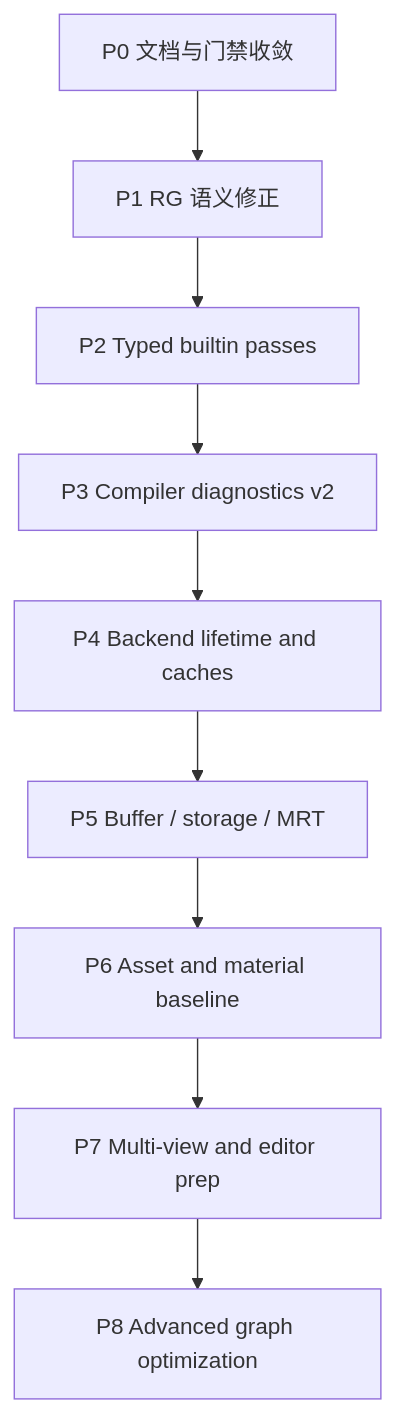
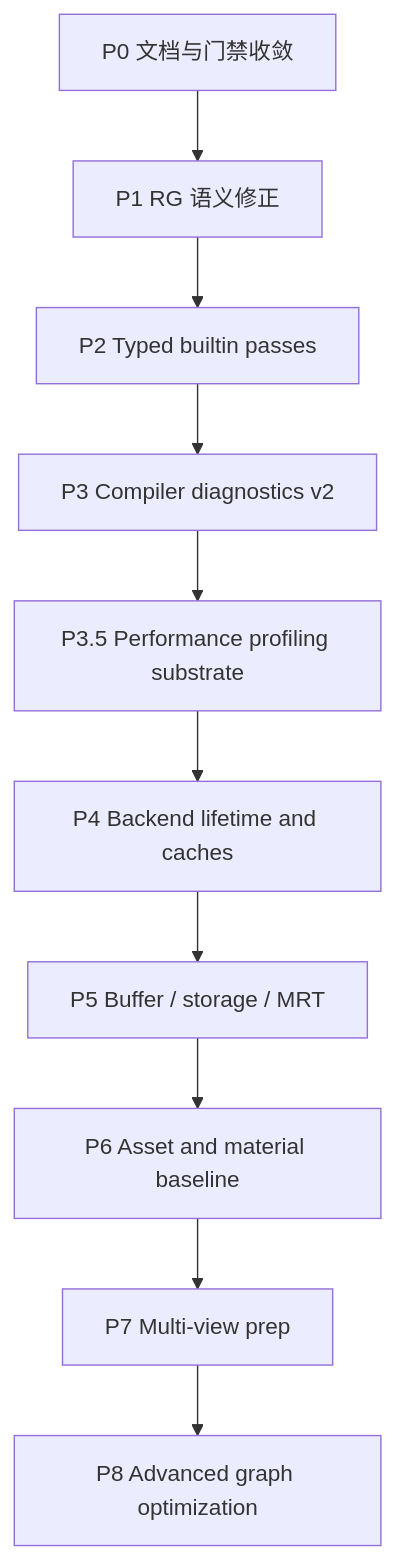
The second of 2 diagrams in docs/rendergraph-development-roadmap.md (66six11/Engine), drawn with Mermaid before and after one commit. The commit also changed other lines of this file and 4 other files, not shown here.

Commit message:
docs: constrain performance profiling roadmap

````diff
--- a/docs/rendergraph-development-roadmap.md
+++ b/docs/rendergraph-development-roadmap.md
@@ -106,14 +124,15 @@
 ```mermaid
 flowchart TD
     P0["P0 文档与门禁收敛"]
     P1["P1 RG 语义修正"]
     P2["P2 Typed builtin passes"]
     P3["P3 Compiler diagnostics v2"]
+    P35["P3.5 Performance profiling substrate"]
     P4["P4 Backend lifetime and caches"]
     P5["P5 Buffer / storage / MRT"]
     P6["P6 Asset and material baseline"]
-    P7["P7 Multi-view and editor prep"]
+    P7["P7 Multi-view prep"]
     P8["P8 Advanced graph optimization"]
 
-    P0 --> P1 --> P2 --> P3 --> P4 --> P5 --> P6 --> P7 --> P8
+    P0 --> P1 --> P2 --> P3 --> P35 --> P4 --> P5 --> P6 --> P7 --> P8
 ```
````
